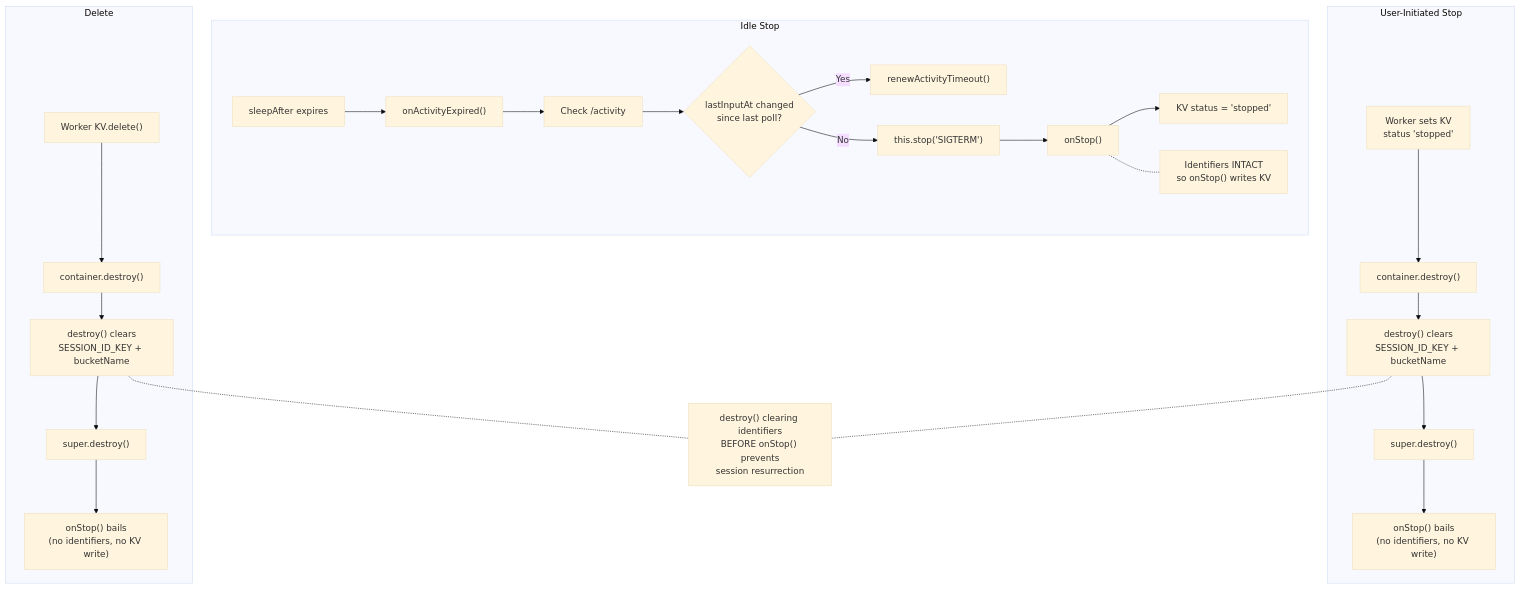
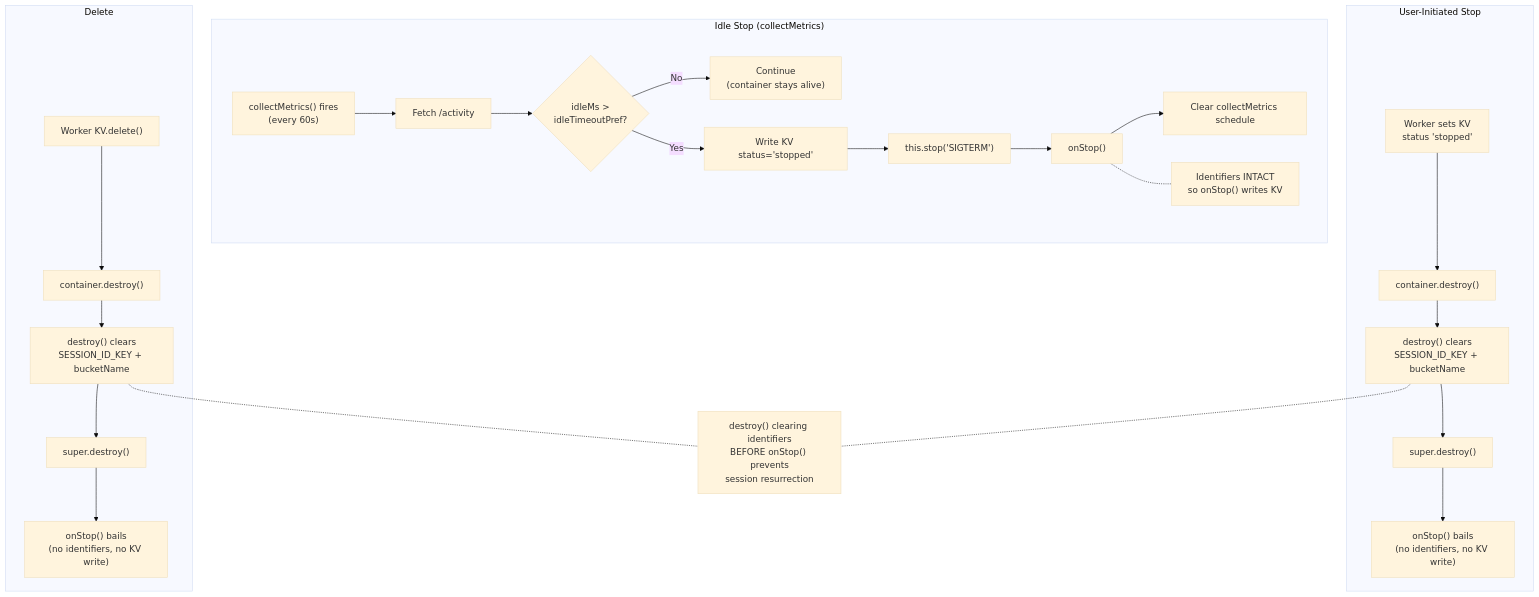
One commit to nikolanovoselec/codeflare changed the eighth of 10 diagrams in documentation/architecture.md. Above: the diagram before and after it, drawn with Mermaid (base theme). The commit also changed other lines of this file and 1 other file, not shown here.

````diff
--- a/documentation/architecture.md
+++ b/documentation/architecture.md
@@ -421,30 +413,30 @@
 ```mermaid
 flowchart TD
-    subgraph Idle["Idle Stop"]
-        I1["sleepAfter expires"] --> I2["onActivityExpired()"]
-        I2 --> I3["Check /activity"]
-        I3 --> I4{"lastInputAt changed<br/>since last poll?"}
-        I4 -->|Yes| I4R["renewActivityTimeout()"]
-        I4 -->|No| I5["this.stop('SIGTERM')"]
+    subgraph Idle["Idle Stop (collectMetrics)"]
+        I1["collectMetrics() fires<br/>(every 60s)"] --> I2["Fetch /activity"]
+        I2 --> I3{"idleMs &gt;<br/>idleTimeoutPref?"}
+        I3 -->|No| I3N["Continue<br/>(container stays alive)"]
+        I3 -->|Yes| I4["Write KV status='stopped'"]
+        I4 --> I5["this.stop('SIGTERM')"]
         I5 --> I6["onStop()"]
-        I6 --> I7["KV status = 'stopped'"]
+        I6 --> I7["Clear collectMetrics schedule"]
         I6 -.- IN["Identifiers INTACT<br/>so onStop() writes KV"]
     end
 
     subgraph User["User-Initiated Stop"]
         U1["Worker sets KV<br/>status 'stopped'"] --> U2["container.destroy()"]
         U2 --> U3["destroy() clears<br/>SESSION_ID_KEY + bucketName"]
         U3 --> U4["super.destroy()"]
         U4 --> U5["onStop() bails<br/>(no identifiers, no KV write)"]
     end
 
     subgraph Del["Delete"]
         D1["Worker KV.delete()"] --> D2["container.destroy()"]
         D2 --> D3["destroy() clears<br/>SESSION_ID_KEY + bucketName"]
         D3 --> D4["super.destroy()"]
         D4 --> D5["onStop() bails<br/>(no identifiers, no KV write)"]
     end
 
     U3 -.- Key["destroy() clearing identifiers<br/>BEFORE onStop() prevents<br/>session resurrection"]
     D3 -.- Key
 ```
````
